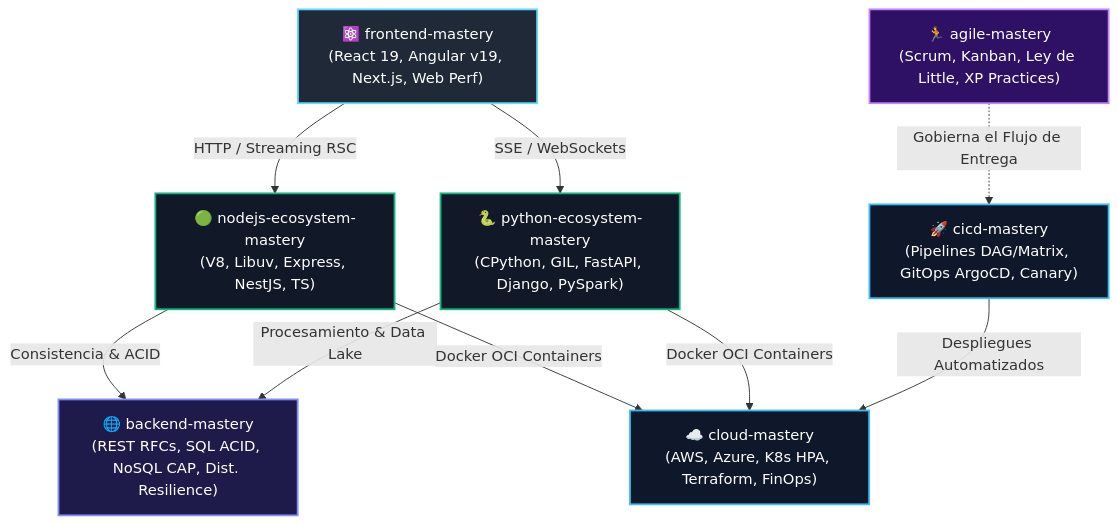
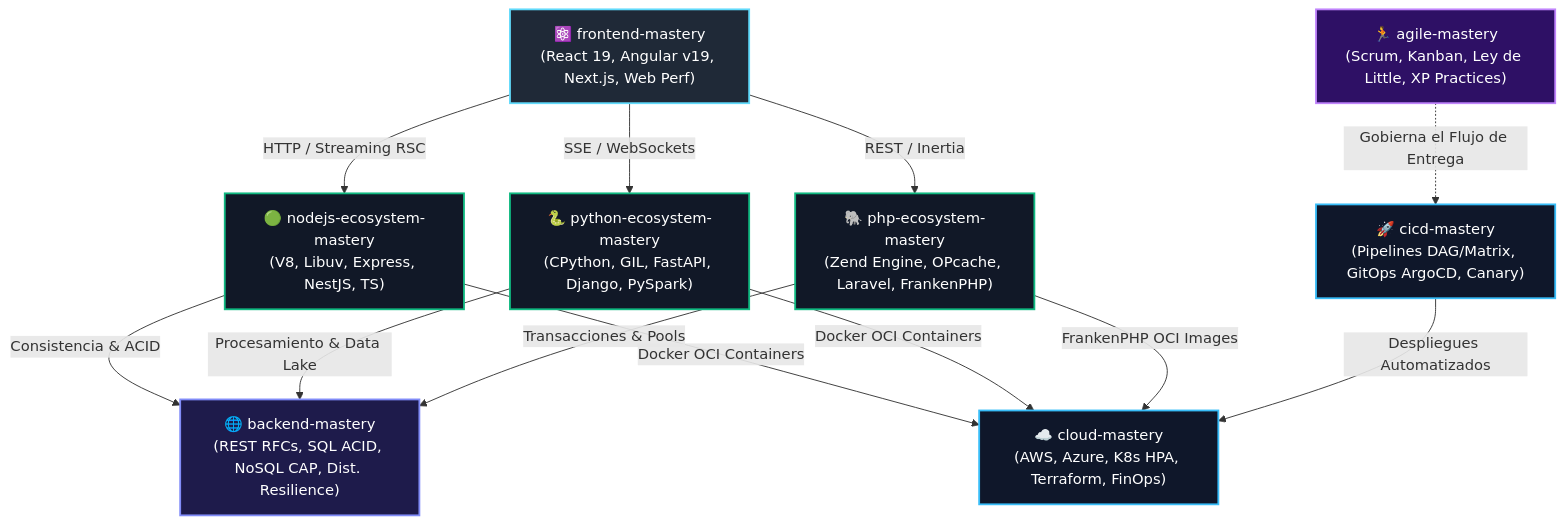
One commit to dokove/deep-questions changed the diagram in README.md. Above: the diagram before and after it, drawn with Mermaid. The commit also changed other lines of this file and 3 other files, not shown here.

Commit message:
feat: add php-ecosystem-mastery to The Mastery Suite

````diff
--- a/README.md
+++ b/README.md
@@ -11,25 +11,29 @@
 ```mermaid
 graph TD
     classDef client fill:#1f2937,stroke:#61dafb,stroke-width:2px,color:#fff;
     classDef runtime fill:#111827,stroke:#10b981,stroke-width:2px,color:#fff;
     classDef backend fill:#1e1b4b,stroke:#818cf8,stroke-width:2px,color:#fff;
     classDef infra fill:#0f172a,stroke:#38bdf8,stroke-width:2px,color:#fff;
     classDef agile fill:#2e1065,stroke:#c084fc,stroke-width:2px,color:#fff;
 
     UI["⚛️ frontend-mastery<br/>(React 19, Angular v19, Next.js, Web Perf)"]:::client
     API["🟢 nodejs-ecosystem-mastery<br/>(V8, Libuv, Express, NestJS, TS)"]:::runtime
     PY["🐍 python-ecosystem-mastery<br/>(CPython, GIL, FastAPI, Django, PySpark)"]:::runtime
+    PHP["🐘 php-ecosystem-mastery<br/>(Zend Engine, OPcache, Laravel, FrankenPHP)"]:::runtime
     ARCH["🌐 backend-mastery<br/>(REST RFCs, SQL ACID, NoSQL CAP, Dist. Resilience)"]:::backend
     CLOUD["☁️ cloud-mastery<br/>(AWS, Azure, K8s HPA, Terraform, FinOps)"]:::infra
     CICD["🚀 cicd-mastery<br/>(Pipelines DAG/Matrix, GitOps ArgoCD, Canary)"]:::infra
     LEAN["🏃 agile-mastery<br/>(Scrum, Kanban, Ley de Little, XP Practices)"]:::agile
 
     UI -->|HTTP / Streaming RSC| API
     UI -->|SSE / WebSockets| PY
+    UI -->|REST / Inertia| PHP
     API -->|Consistencia & ACID| ARCH
     PY -->|Procesamiento & Data Lake| ARCH
+    PHP -->|Transacciones & Pools| ARCH
     API -->|Docker OCI Containers| CLOUD
     PY -->|Docker OCI Containers| CLOUD
+    PHP -->|FrankenPHP OCI Images| CLOUD
     CICD -->|Despliegues Automatizados| CLOUD
     LEAN -.->|Gobierna el Flujo de Entrega| CICD
 ```
````
